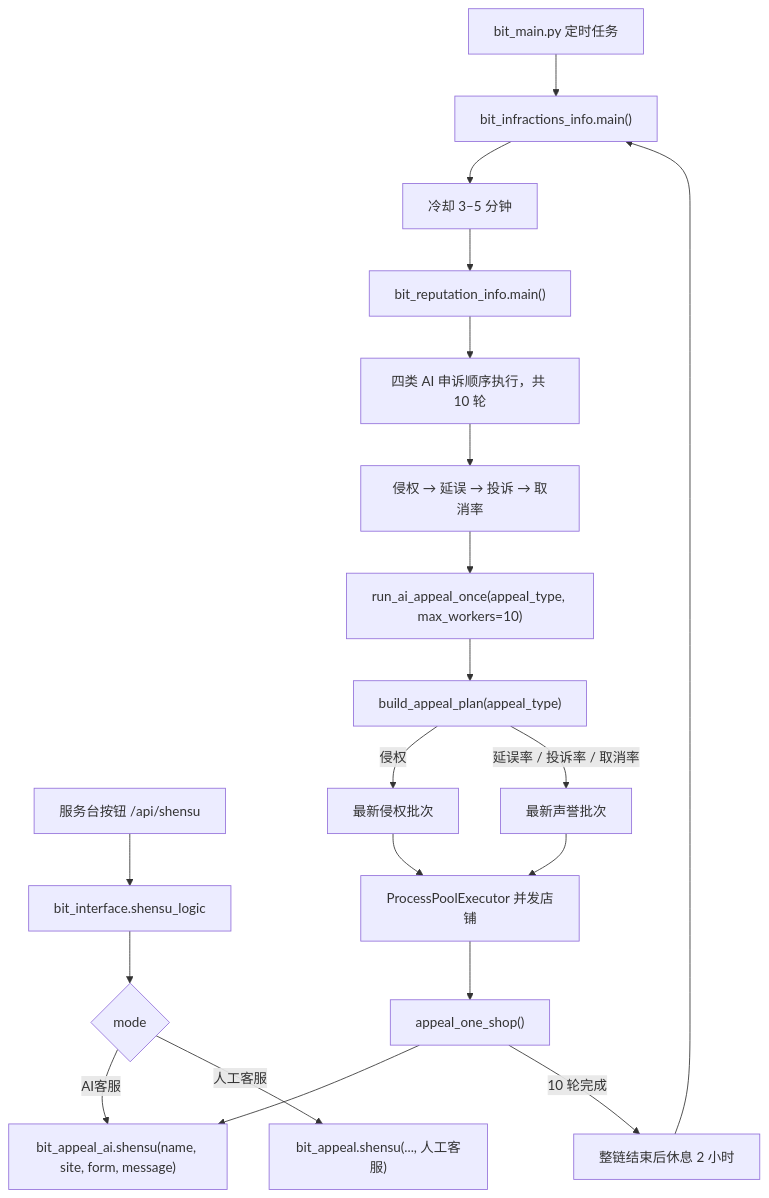
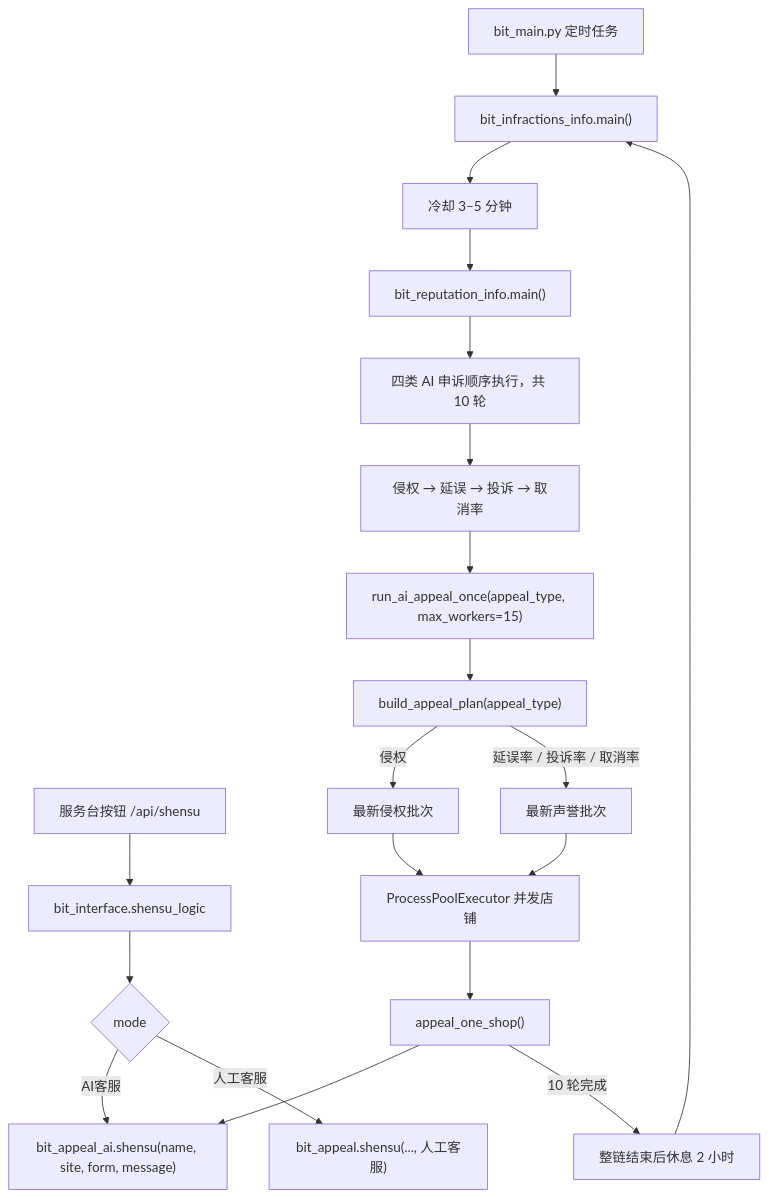
The second of 6 diagrams in docs/bit_bit_playwright_notes.md (Bruce-1208/mercado), drawn with Mermaid before and after one commit. The commit also changed other lines of this file and 3529 other files, not shown here.

````diff
--- a/docs/bit_bit_playwright_notes.md
+++ b/docs/bit_bit_playwright_notes.md
@@ -111,23 +111,23 @@
 ```mermaid
 flowchart TD
   A["服务台按钮 /api/shensu"] --> B["bit_interface.shensu_logic"]
   B --> C{"mode"}
   C -->|"AI客服"| D["bit_appeal_ai.shensu(name, site, form, message)"]
   C -->|"人工客服"| H["bit_appeal.shensu(..., 人工客服)"]
 
   S["bit_main.py 定时任务"] --> S1["bit_infractions_info.main()"]
   S1 --> SW["冷却 3–5 分钟"]
   SW --> S2["bit_reputation_info.main()"]
   S2 --> S3["四类 AI 申诉顺序执行，共 10 轮"]
   S3 --> S31["侵权 → 延误 → 投诉 → 取消率"]
-  S31 --> S4["run_ai_appeal_once(appeal_type, max_workers=10)"]
+  S31 --> S4["run_ai_appeal_once(appeal_type, max_workers=15)"]
   S4 --> S40["build_appeal_plan(appeal_type)"]
   S40 -->|"侵权"| S41["最新侵权批次"]
   S40 -->|"延误率 / 投诉率 / 取消率"| S42["最新声誉批次"]
   S41 --> S5["ProcessPoolExecutor 并发店铺"]
   S42 --> S5
   S5 --> S6["appeal_one_shop()"]
   S6 --> D
   S6 -->|"10 轮完成"| S7["整链结束后休息 2 小时"]
   S7 --> S1
 ```
````
